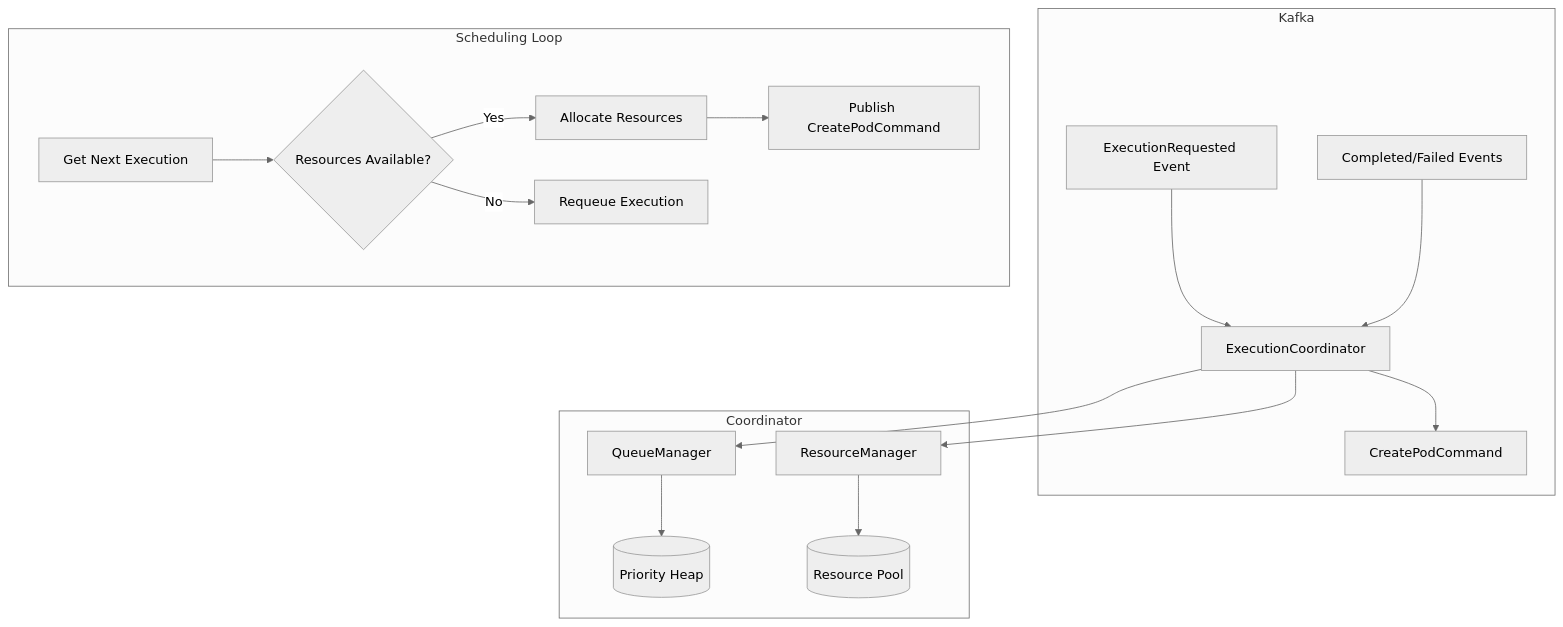
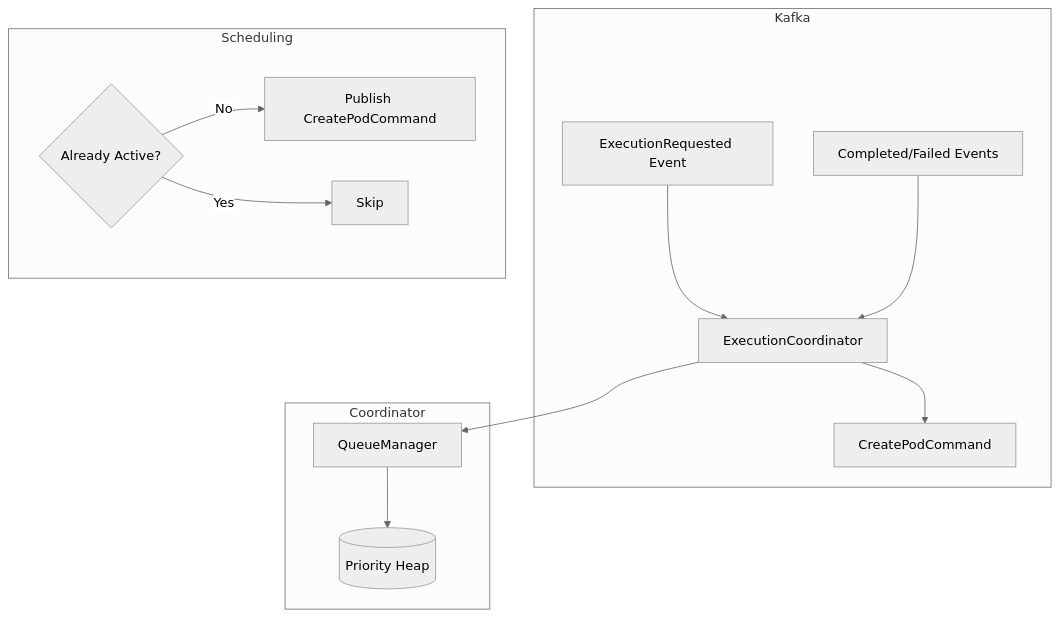
The diagram in docs/architecture/execution-queue.md (HardMax71/Integr8sCode), drawn with Mermaid (neutral theme) before and after one commit. The commit also changed other lines of this file and 14 other files, not shown here.

Commit message:
fix: k8s limits enforce stuff for pods, no need for separate overhead of resource manager -> removed

````diff
--- a/docs/architecture/execution-queue.md
+++ b/docs/architecture/execution-queue.md
@@ -9,22 +9,18 @@
 ```mermaid
 flowchart TB
     subgraph Kafka
         REQ[ExecutionRequested Event] --> COORD[ExecutionCoordinator]
         COORD --> CMD[CreatePodCommand]
         RESULT[Completed/Failed Events] --> COORD
     end
 
     subgraph Coordinator
         COORD --> QUEUE[QueueManager]
-        COORD --> RESOURCES[ResourceManager]
         QUEUE --> HEAP[(Priority Heap)]
-        RESOURCES --> POOL[(Resource Pool)]
     end
 
-    subgraph Scheduling Loop
-        LOOP[Get Next Execution] --> CHECK{Resources Available?}
-        CHECK -->|Yes| ALLOCATE[Allocate Resources]
-        CHECK -->|No| REQUEUE[Requeue Execution]
-        ALLOCATE --> PUBLISH[Publish CreatePodCommand]
+    subgraph Scheduling
+        DEDUP{Already Active?} -->|No| PUBLISH[Publish CreatePodCommand]
+        DEDUP -->|Yes| SKIP[Skip]
     end
 ```
````
